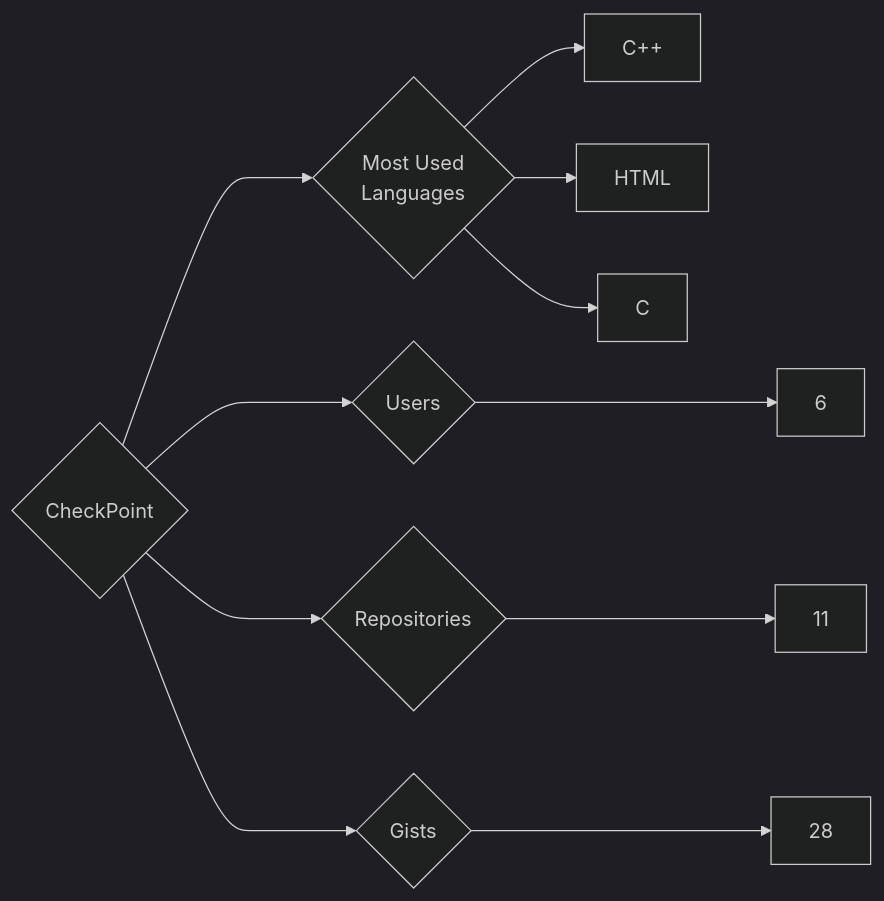
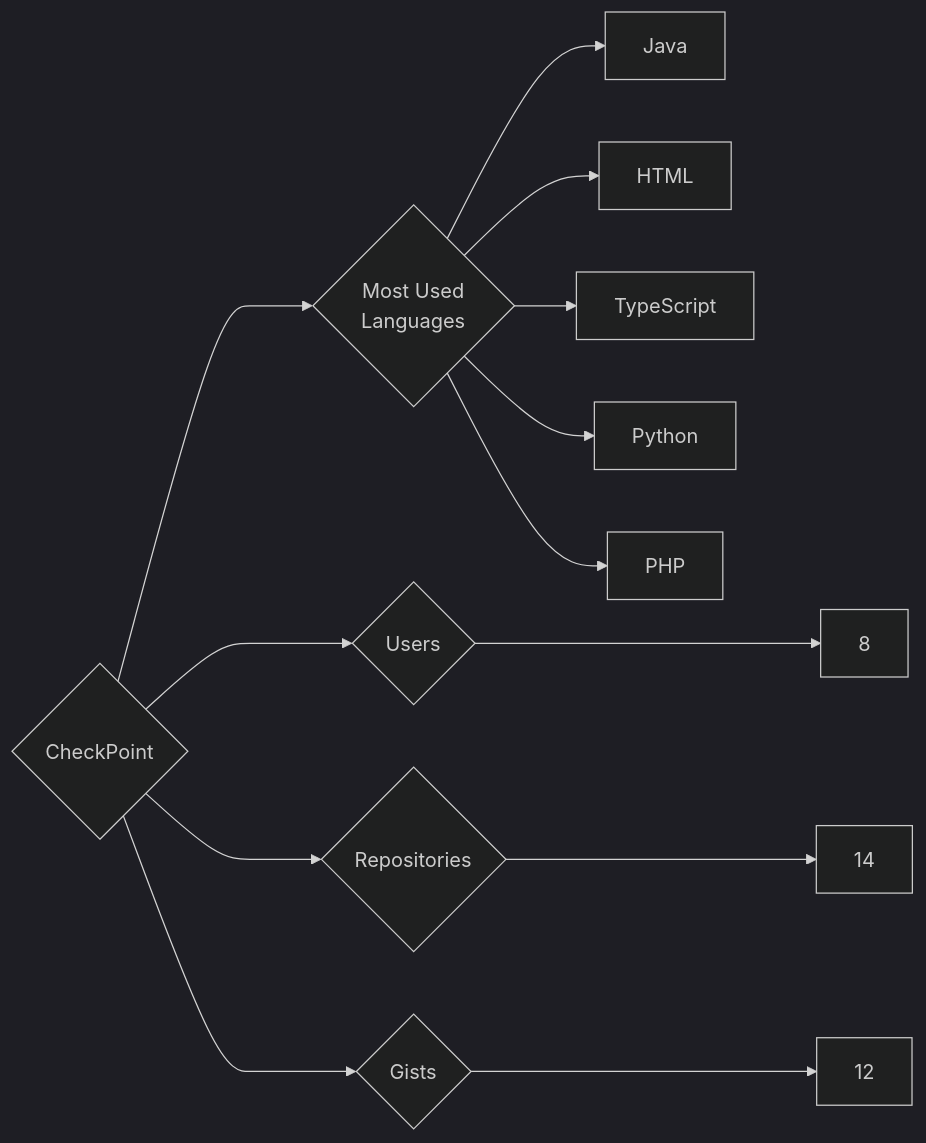
Before and after one commit to trickest/insiders: the diagram in targets/CheckPoint/README.md, drawn with Mermaid (dark theme). The commit also changed 1170 other files, not shown here.

````diff
--- a/targets/CheckPoint/README.md
+++ b/targets/CheckPoint/README.md
@@ -3,11 +3,13 @@
 ```mermaid
 graph LR
 COMPANY_NAME{CheckPoint}
-COMPANY_NAME ---> U{Users} ---> UN[6]
-COMPANY_NAME ---> R{Repositories} ---> RN[11]
-COMPANY_NAME ---> G{Gists} ---> GN[28]
+COMPANY_NAME ---> U{Users} ---> UN[8]
+COMPANY_NAME ---> R{Repositories} ---> RN[14]
+COMPANY_NAME ---> G{Gists} ---> GN[12]
 COMPANY_NAME ---> ML{Most Used<br>Languages}
-ML --> C++[C++]
+ML --> Java[Java]
 ML --> HTML[HTML]
-ML --> C[C]
+ML --> TypeScript[TypeScript]
+ML --> Python[Python]
+ML --> PHP[PHP]
 ```
````
